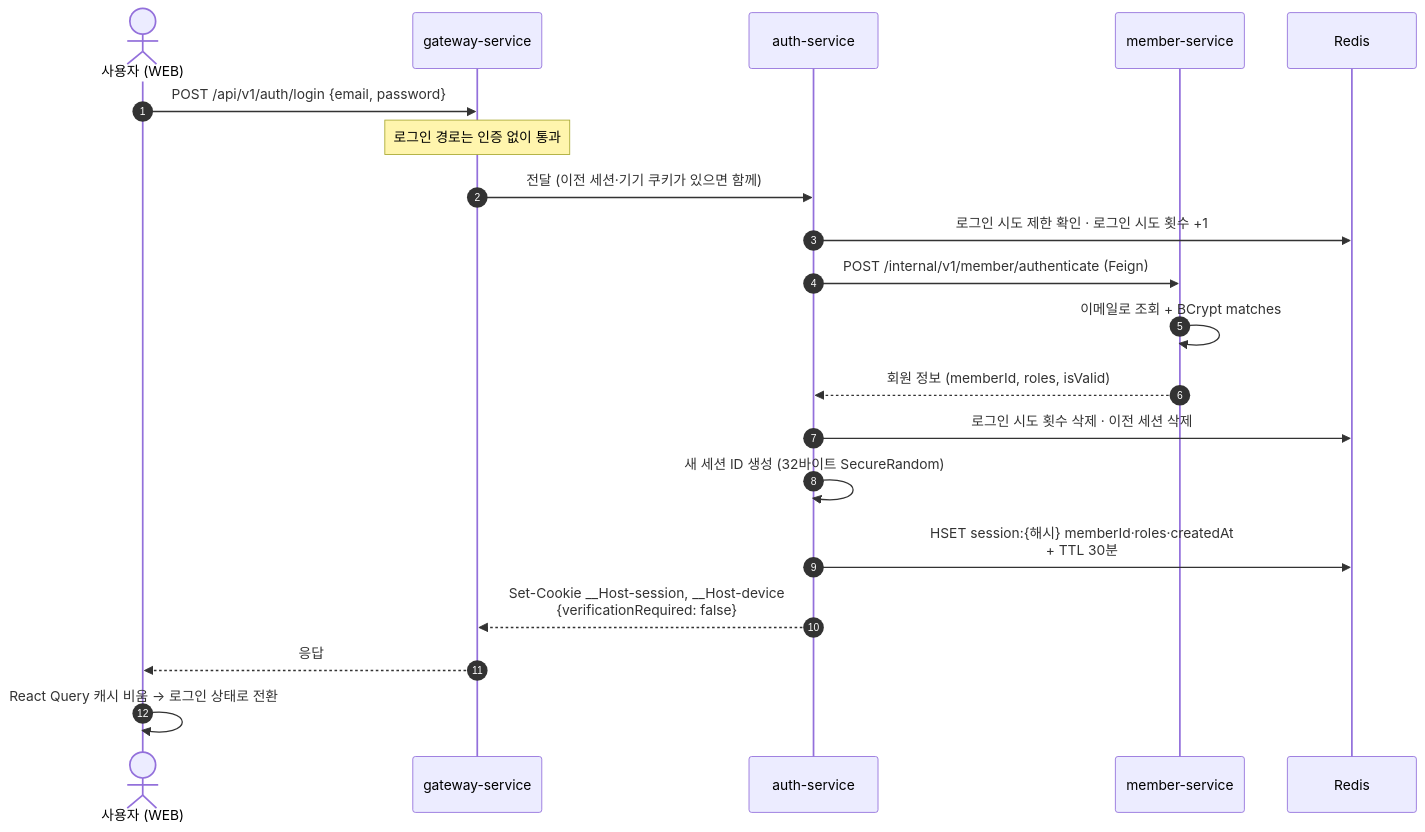
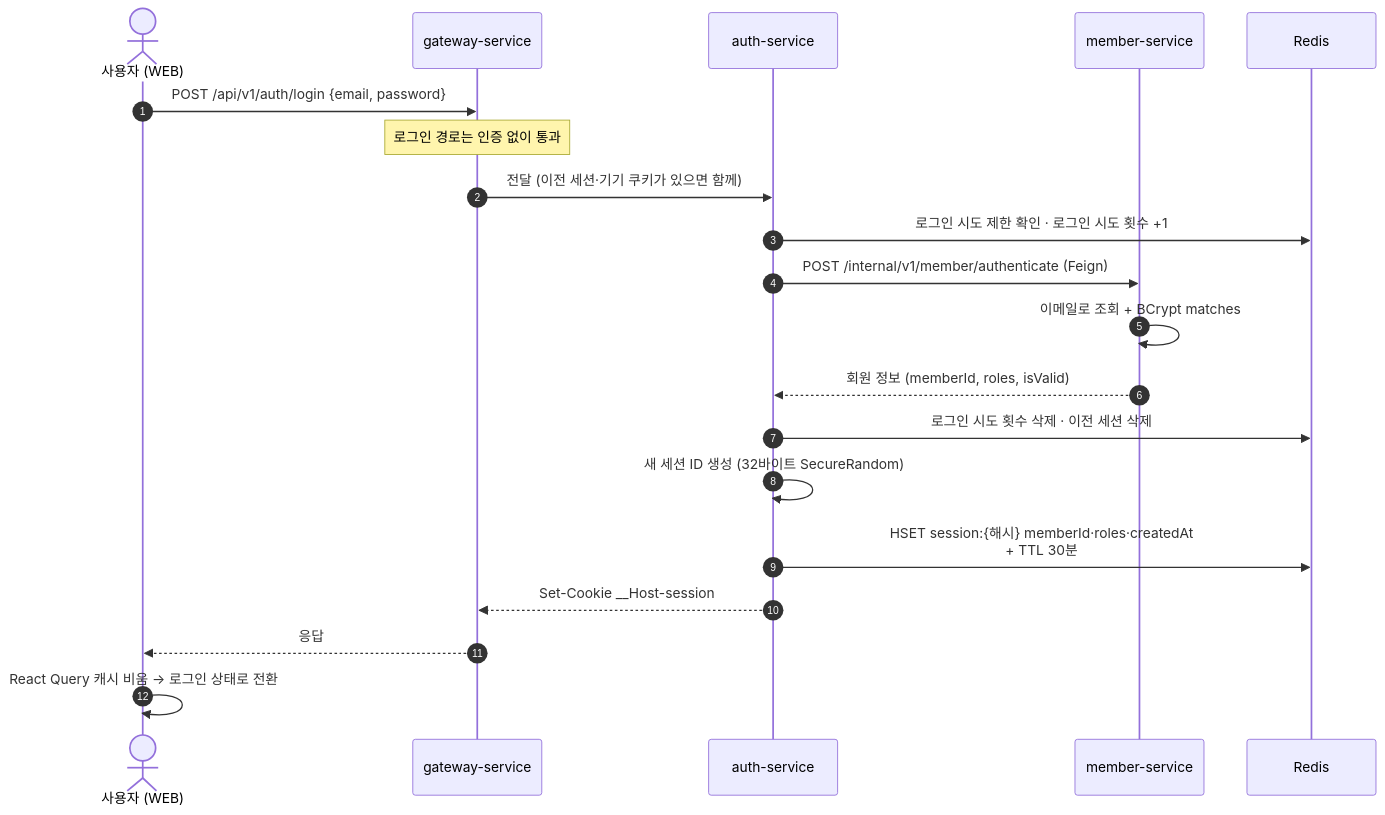
One commit to rivertw777/ModuDrive-API changed the first of 4 diagrams in .docs/spec/004-auth-spec.md. Above: the diagram before and after it, drawn with Mermaid. The commit also changed other lines of this file and 22 other files, not shown here.

````diff
--- a/.docs/spec/004-auth-spec.md
+++ b/.docs/spec/004-auth-spec.md
@@ -89,23 +89,23 @@
 ```mermaid
 sequenceDiagram
     autonumber
     actor U as 사용자 (WEB)
     participant G as gateway-service
     participant A as auth-service
     participant M as member-service
     participant R as Redis
 
     U->>G: POST /api/v1/auth/login {email, password}
     Note over G: 로그인 경로는 인증 없이 통과
     G->>A: 전달 (이전 세션·기기 쿠키가 있으면 함께)
     A->>R: 로그인 시도 제한 확인 · 로그인 시도 횟수 +1
     A->>M: POST /internal/v1/member/authenticate (Feign)
     M->>M: 이메일로 조회 + BCrypt matches
     M-->>A: 회원 정보 (memberId, roles, isValid)
     A->>R: 로그인 시도 횟수 삭제 · 이전 세션 삭제
     A->>A: 새 세션 ID 생성 (32바이트 SecureRandom)
     A->>R: HSET session:{해시} memberId·roles·createdAt<br/>+ TTL 30분
-    A-->>G: Set-Cookie __Host-session, __Host-device<br/>{verificationRequired: false}
+    A-->>G: Set-Cookie __Host-session
     G-->>U: 응답
     U->>U: React Query 캐시 비움 → 로그인 상태로 전환
 ```
````
